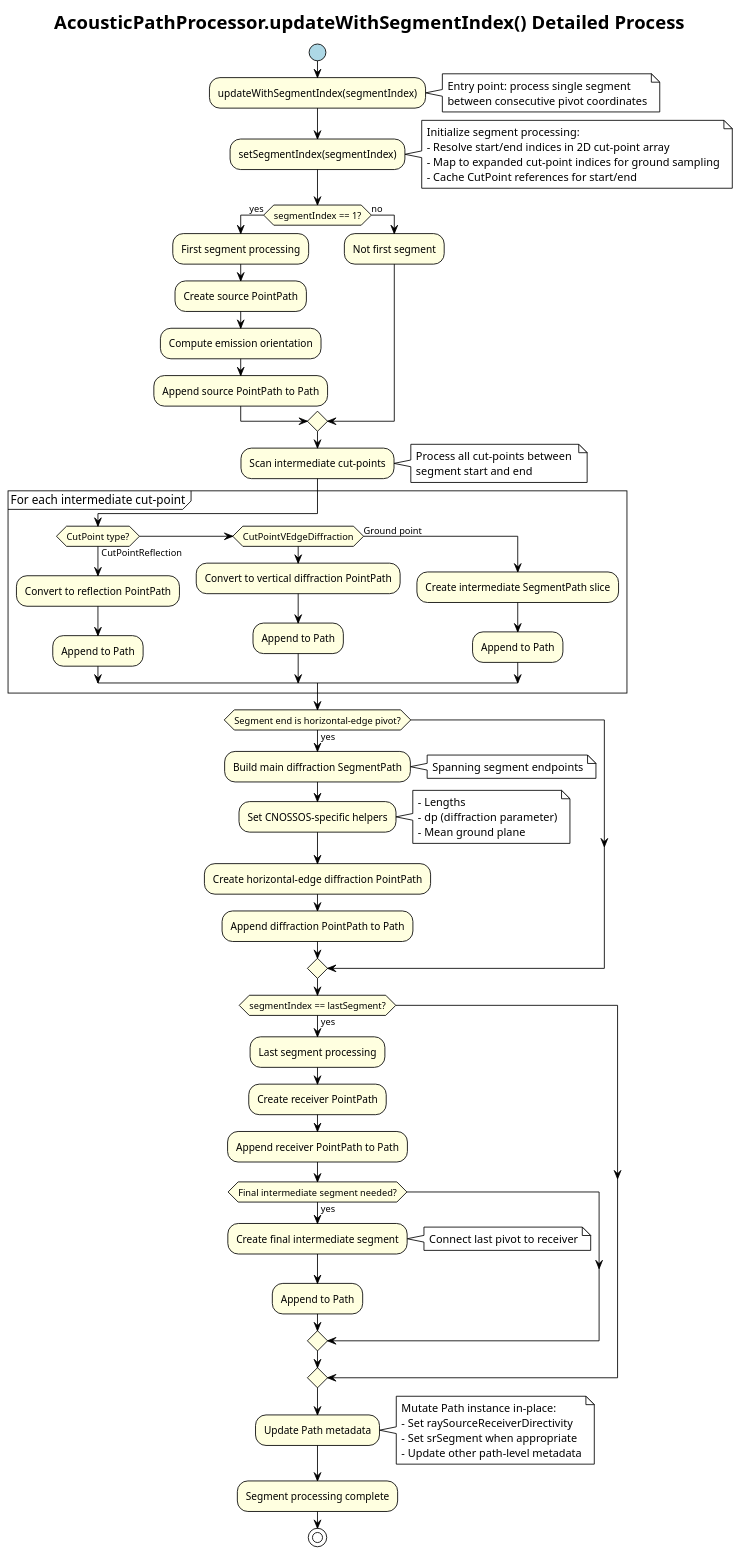
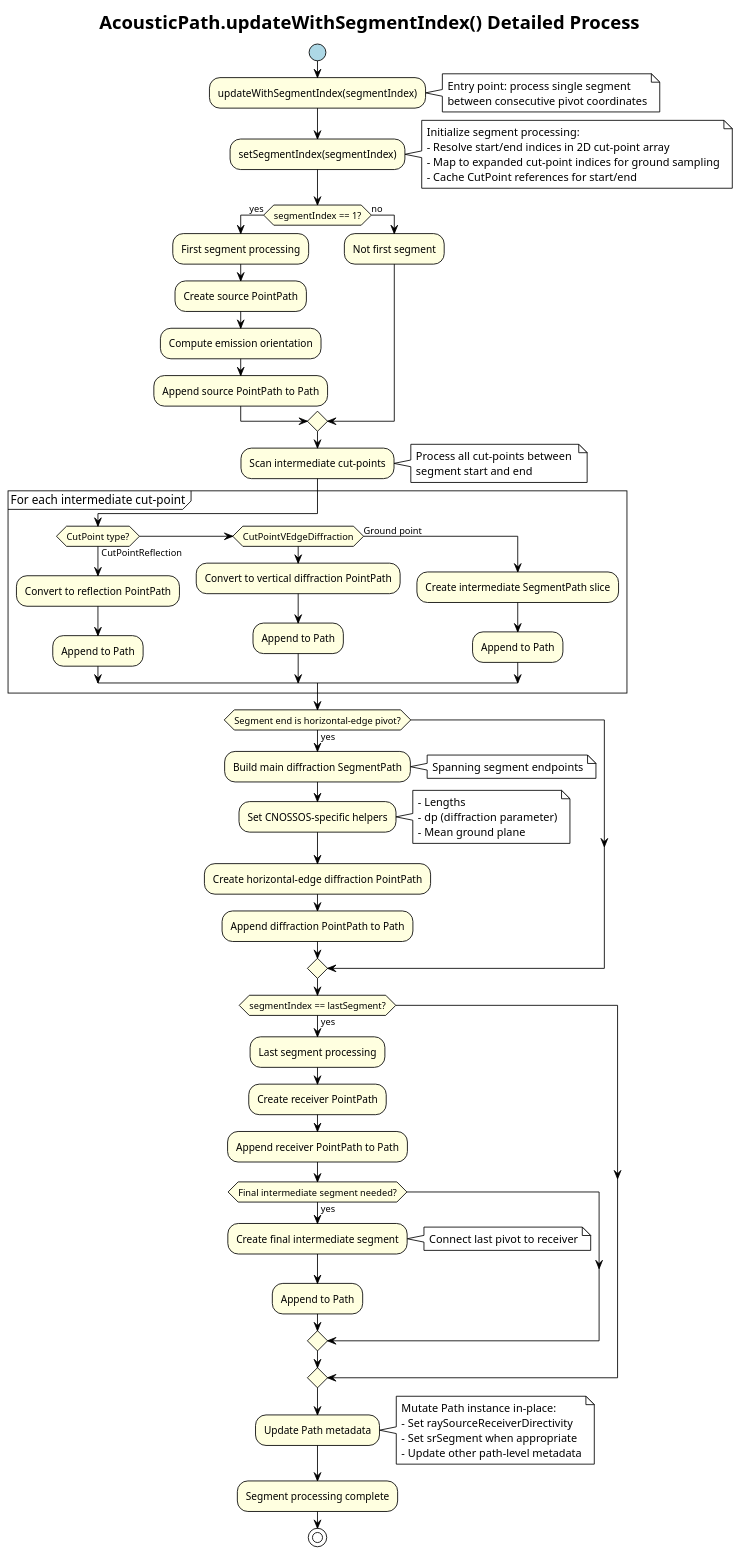
Before and after one commit to jtagusari/NoiseModelling: the tenth of 12 diagrams in Docs-dev/propagation_algorithms.md, drawn with PlantUML. The commit also changed other lines of this file and 12 other files, not shown here.

```diff
--- a/Docs-dev/propagation_algorithms.md
+++ b/Docs-dev/propagation_algorithms.md
@@ -575,7 +570,7 @@
 skinparam activityBackgroundColor #lightyellow
 skinparam activityBorderColor #black
 
-title AcousticPathProcessor.updateWithSegmentIndex() Detailed Process
+title AcousticPath.updateWithSegmentIndex() Detailed Process
 
 start
 
```
